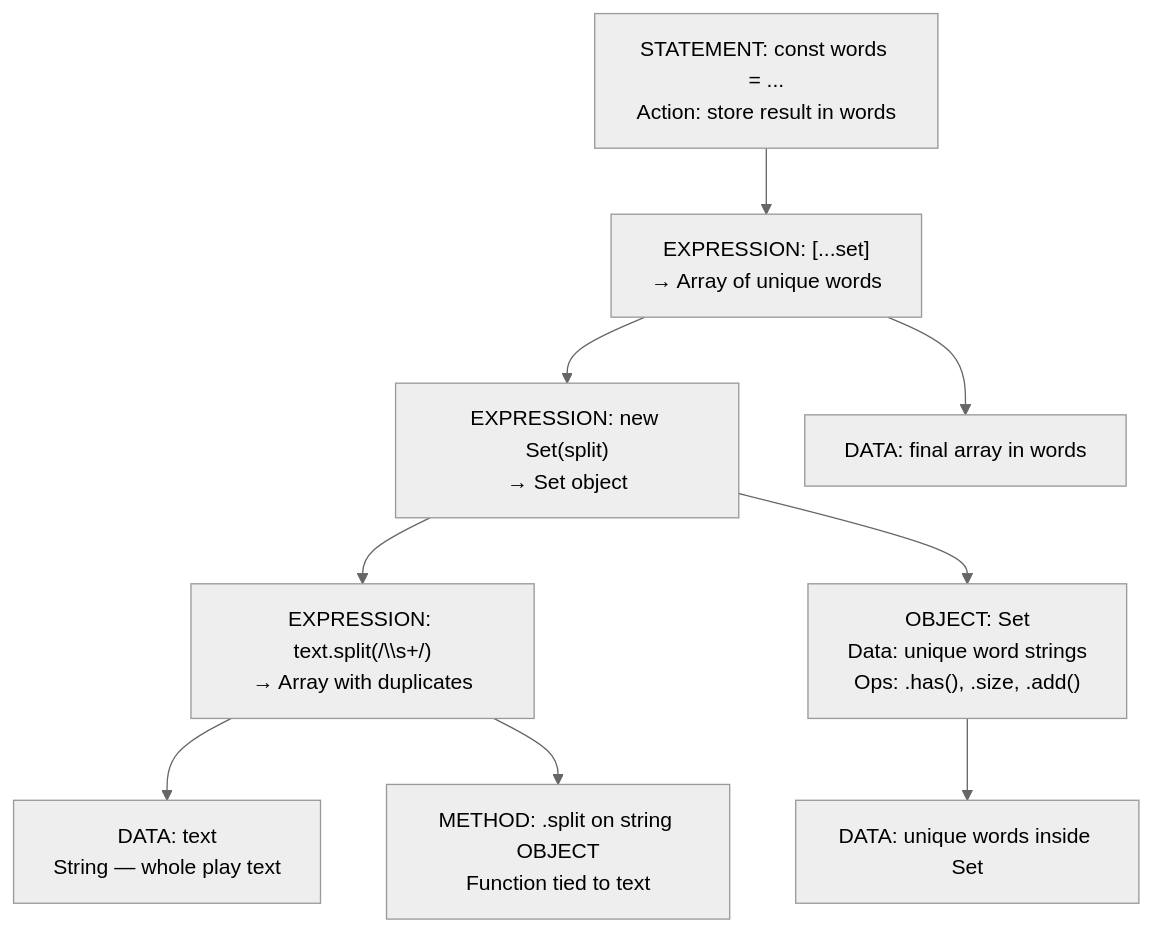
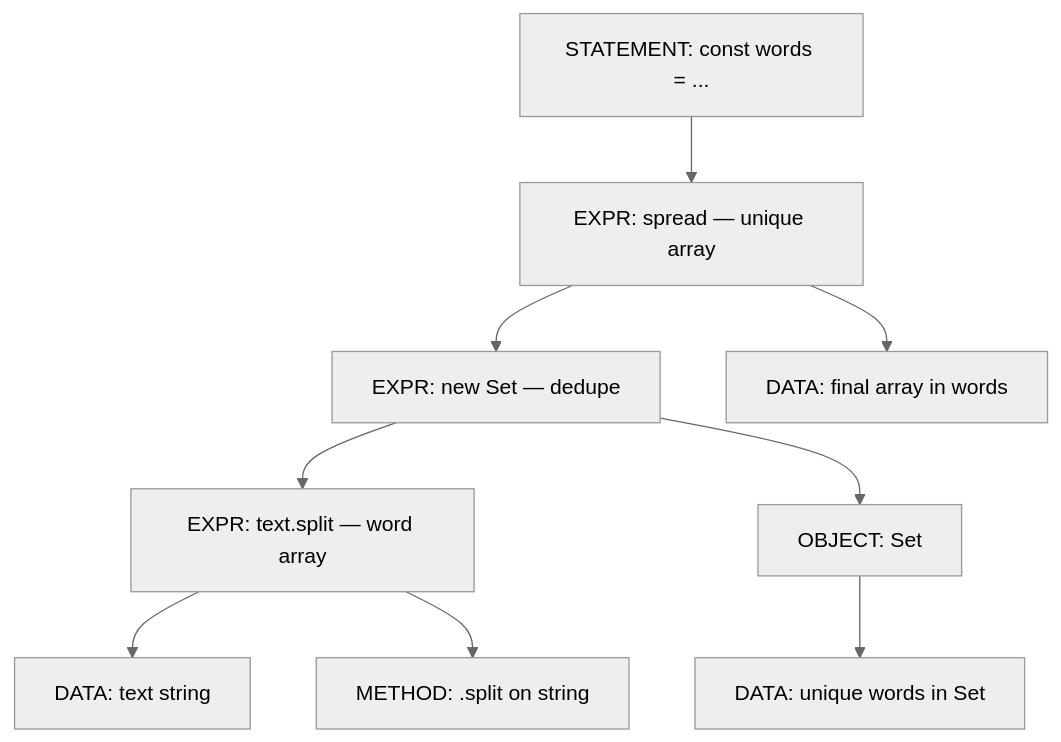
Before and after one commit to shengji-forward/code-need-to-understand: the third of 5 diagrams in learning-summary/cs61a-composing-programs/sessions/01-1.1-getting-started/concept-map.md, drawn with Mermaid (neutral theme). The commit also changed other lines of this file and 27 other files, not shown here.

````diff
--- a/learning-summary/cs61a-composing-programs/sessions/01-1.1-getting-started/concept-map.md
+++ b/learning-summary/cs61a-composing-programs/sessions/01-1.1-getting-started/concept-map.md
@@ -66,15 +158,15 @@
 ```mermaid
 flowchart TB
-    ST["STATEMENT: const words = ...<br/>Action: store result in words"]
+    ST["STATEMENT: const words = ..."]
 
-    ST --> E3["EXPRESSION: [...set]<br/>→ Array of unique words"]
-    E3 --> E2["EXPRESSION: new Set(split)<br/>→ Set object"]
-    E2 --> E1["EXPRESSION: text.split(/\\s+/)<br/>→ Array with duplicates"]
-    E1 --> D0["DATA: text<br/>String — whole play text"]
+    ST --> E3["EXPR: spread — unique array"]
+    E3 --> E2["EXPR: new Set — dedupe"]
+    E2 --> E1["EXPR: text.split — word array"]
+    E1 --> D0["DATA: text string"]
 
-    E2 --> SET["OBJECT: Set<br/>Data: unique word strings<br/>Ops: .has(), .size, .add()"]
-    E1 --> METH["METHOD: .split on string OBJECT<br/>Function tied to text"]
+    E2 --> SET["OBJECT: Set"]
+    E1 --> METH["METHOD: .split on string"]
 
-    SET --> D2["DATA: unique words inside Set"]
+    SET --> D2["DATA: unique words in Set"]
     E3 --> D3["DATA: final array in words"]
 ```
````
